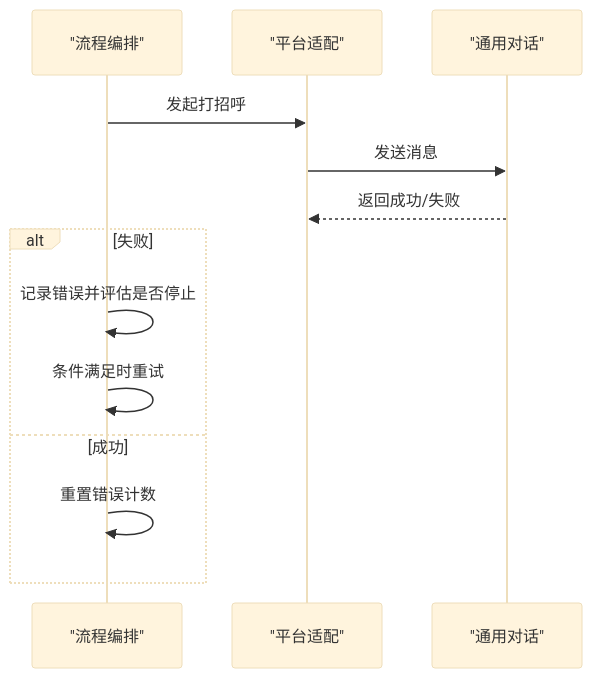
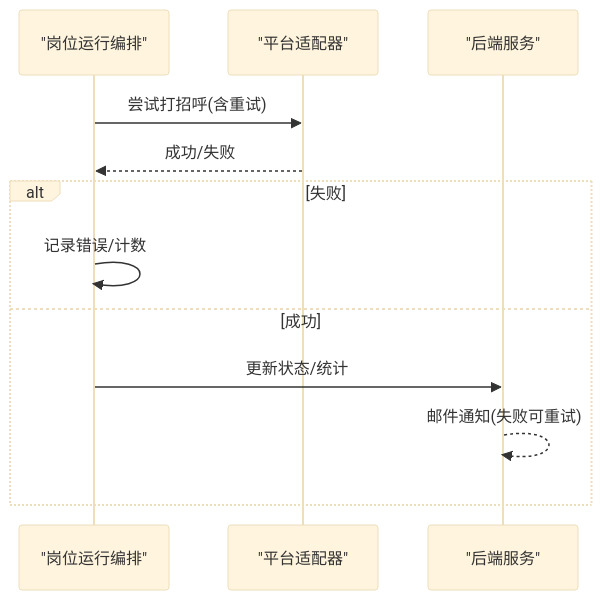
One commit to alvinwangzi/goodhr changed the fifth of 6 diagrams in .qoder/repowiki/zh/content/本地执行器/平台适配器/前程无忧适配器/自动打招呼.md. Above: the diagram before and after it, drawn with Mermaid (base theme). The commit also changed other lines of this file and 149 other files, not shown here.

````diff
--- a/.qoder/repowiki/zh/content/本地执行器/平台适配器/前程无忧适配器/自动打招呼.md
+++ b/.qoder/repowiki/zh/content/本地执行器/平台适配器/前程无忧适配器/自动打招呼.md
@@ -214,15 +233,14 @@
 ```mermaid
 sequenceDiagram
-participant Flow as "流程编排"
-participant Plat as "平台适配"
-participant Conv as "通用对话"
-Flow->>Plat : 发起打招呼
-Plat->>Conv : 发送消息
-Conv-->>Plat : 返回成功/失败
+participant Runner as "岗位运行编排"
+participant Plat as "平台适配器"
+participant DB as "后端服务"
+Runner->>Plat : 尝试打招呼(含重试)
+Plat-->>Runner : 成功/失败
 alt 失败
-Flow->>Flow : 记录错误并评估是否停止
-Flow->>Flow : 条件满足时重试
+Runner->>Runner : 记录错误/计数
 else 成功
-Flow->>Flow : 重置错误计数
+Runner->>DB : 更新状态/统计
+DB-->>DB : 邮件通知(失败可重试)
 end
 ```
````
